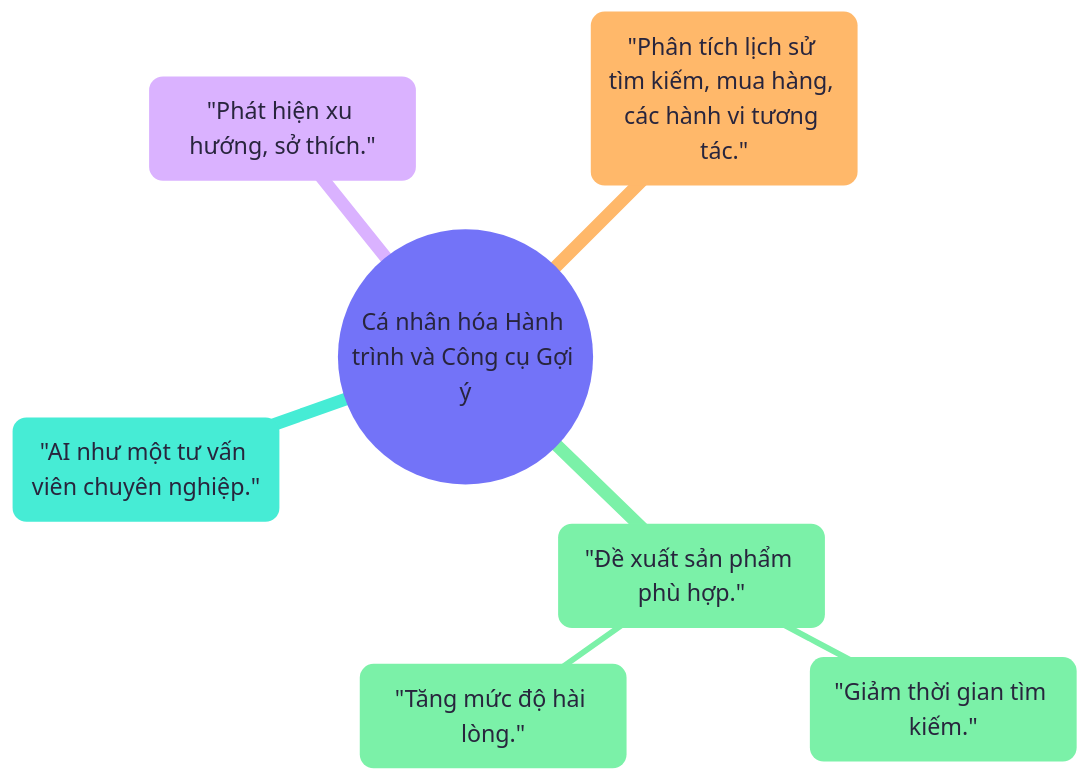
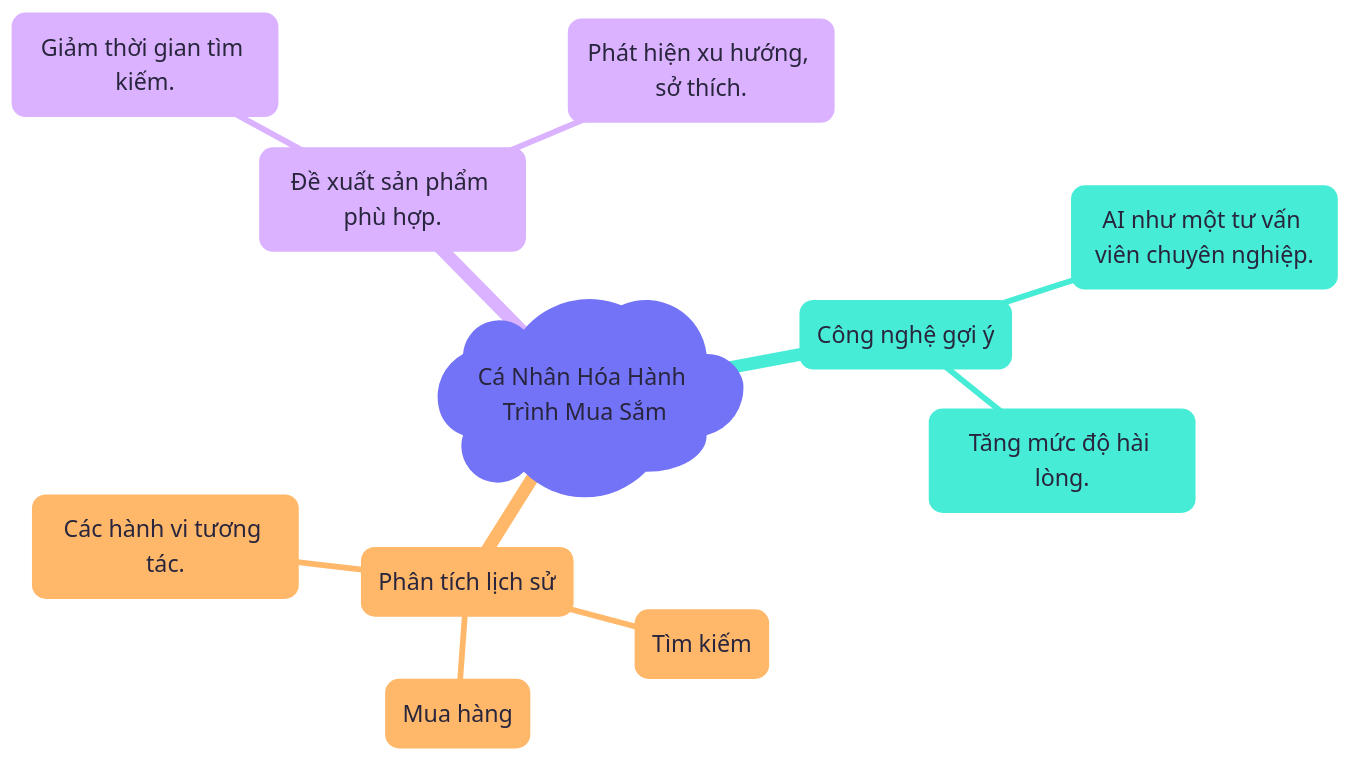
One commit to sam-uit/typst-report-template changed the diagram in content/diagrams/chapter02-ca-nhan-hoa-hanh-trinh-va-cong-cu-goi-y.mmd. Above: the diagram before and after it, drawn with Mermaid.

```diff
--- a/content/diagrams/chapter02-ca-nhan-hoa-hanh-trinh-va-cong-cu-goi-y.mmd
+++ b/content/diagrams/chapter02-ca-nhan-hoa-hanh-trinh-va-cong-cu-goi-y.mmd
@@ -1,15 +1,19 @@
 ---
 config:
   theme: redux-color
   themeVariables:
     fontFamily: Google Sans
     fontSize: 20px
 ---
 mindmap
-  root(("Cá nhân hóa Hành trình và Công cụ Gợi ý"))
-    "AI như một tư vấn viên chuyên nghiệp."
-    "Phân tích lịch sử tìm kiếm, mua hàng, các hành vi tương tác."
-    "Phát hiện xu hướng, sở thích."
-    "Đề xuất sản phẩm phù hợp."
-        "Giảm thời gian tìm kiếm."
-        "Tăng mức độ hài lòng."
+)Cá Nhân Hóa Hành Trình Mua Sắm(
+  (Công nghệ gợi ý)
+    (AI như một tư vấn viên chuyên nghiệp.)
+    (Tăng mức độ hài lòng.)
+  (Phân tích lịch sử)
+    (Tìm kiếm)
+    (Mua hàng)
+    (Các hành vi tương tác.)
+  (Đề xuất sản phẩm phù hợp.)
+    (Giảm thời gian tìm kiếm.)
+    (Phát hiện xu hướng, sở thích.)
```
